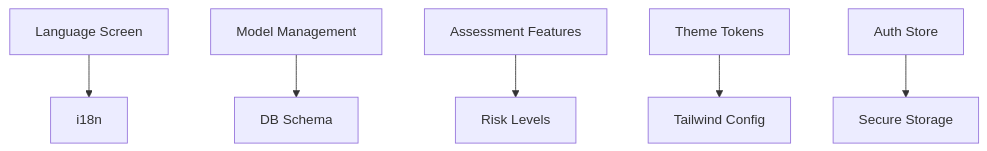
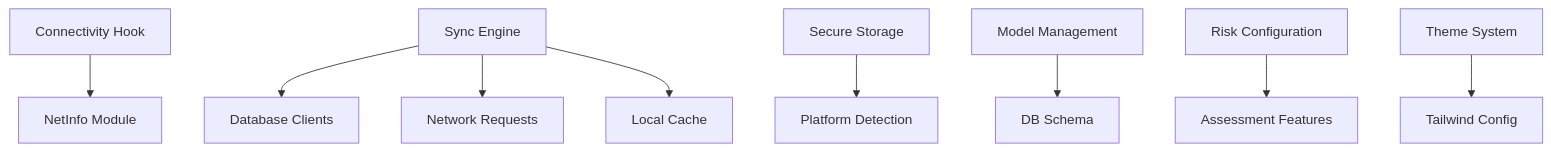
One commit to AdeelTahir-SE/DermSight changed the ninth of 9 diagrams in .qoder/repowiki/en/content/Settings and Configuration.md. Above: the diagram before and after it, drawn with Mermaid. The commit also changed other lines of this file and 43 other files, not shown here.

````diff
--- a/.qoder/repowiki/en/content/Settings and Configuration.md
+++ b/.qoder/repowiki/en/content/Settings and Configuration.md
@@ -347,8 +418,11 @@
 ```mermaid
 graph TB
-LANG["Language Screen"] --> I18N["i18n"]
+CONN["Connectivity Hook"] --> NETINFO["NetInfo Module"]
+SYNC["Sync Engine"] --> DB_CLIENT["Database Clients"]
+SYNC --> NETWORK["Network Requests"]
+SYNC --> CACHE["Local Cache"]
+SECURE["Secure Storage"] --> PLATFORM["Platform Detection"]
 MODEL["Model Management"] --> SCHEMA["DB Schema"]
-ASSESS["Assessment Features"] --> RISK["Risk Levels"]
-THEME["Theme Tokens"] --> TAIL["Tailwind Config"]
-AUTH["Auth Store"] --> SEC["Secure Storage"]
+RISK["Risk Configuration"] --> ASSESSMENT["Assessment Features"]
+THEME["Theme System"] --> TAILWIND["Tailwind Config"]
 ```
````
